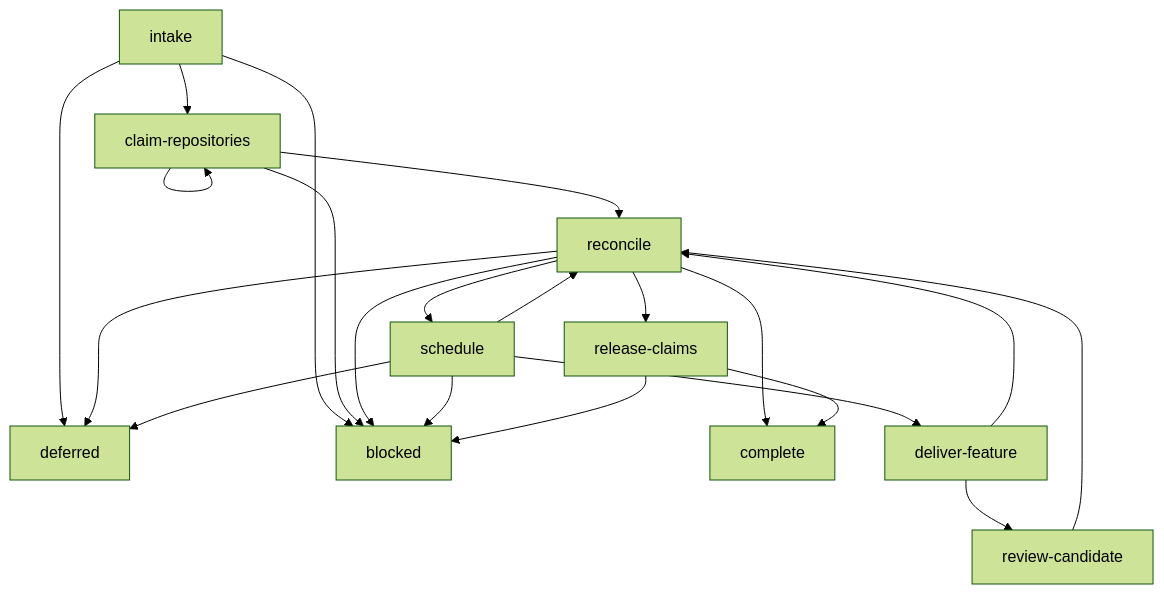
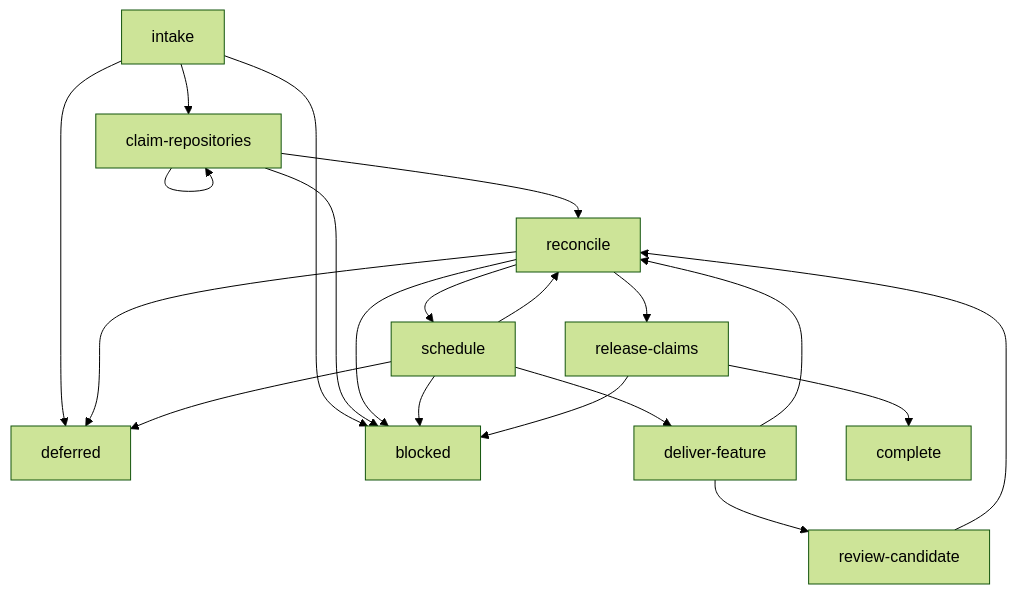
Before and after one commit to alemar11/dotagents: the diagram in plugins/se/skills/implement/SKILL.md, drawn with Mermaid (forest theme). The commit also changed other lines of this file and 17 other files, not shown here.

```diff
--- a/plugins/se/skills/implement/SKILL.md
+++ b/plugins/se/skills/implement/SKILL.md
@@ -79,23 +65,22 @@
 ~~~mermaid
 flowchart TD
     intake --> claim-repositories
     intake --> deferred
     intake --> blocked
     claim-repositories --> claim-repositories
     claim-repositories --> reconcile
     claim-repositories --> blocked
     reconcile --> schedule
     reconcile --> release-claims
-    reconcile --> complete
     reconcile --> deferred
     reconcile --> blocked
     schedule --> deliver-feature
     schedule --> reconcile
     schedule --> deferred
     schedule --> blocked
     deliver-feature --> review-candidate
     deliver-feature --> reconcile
     review-candidate --> reconcile
     release-claims --> complete
     release-claims --> blocked
 ~~~
```
